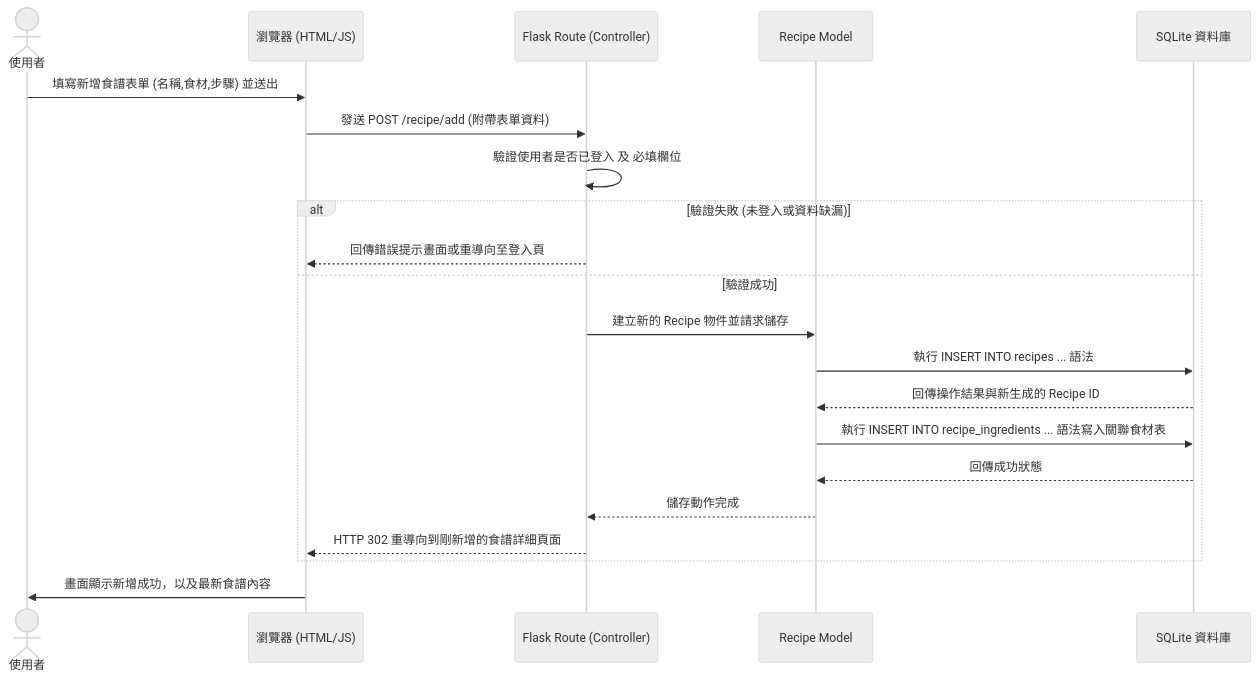
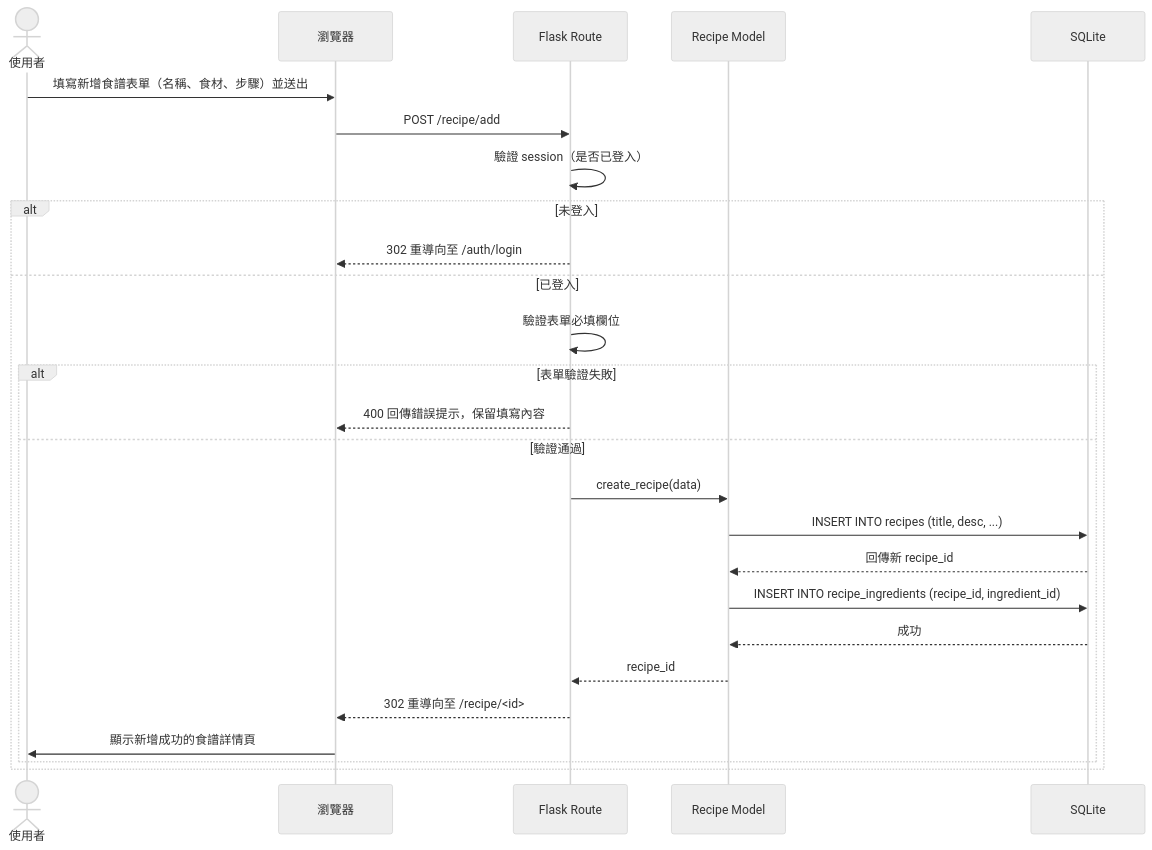
The third of 6 diagrams in docs/FLOWCHART.md (d1420235o365/web_app_development), drawn with Mermaid (neutral theme) before and after one commit. The commit also changed other lines of this file, not shown here.

Commit message:
docs: add user flowchart

````diff
--- a/docs/FLOWCHART.md
+++ b/docs/FLOWCHART.md
@@ -36,28 +80,31 @@
 ```mermaid
 sequenceDiagram
     actor User as 使用者
-    participant Browser as 瀏覽器 (HTML/JS)
-    participant Route as Flask Route (Controller)
+    participant Browser as 瀏覽器
+    participant Route as Flask Route
     participant Model as Recipe Model
-    participant DB as SQLite 資料庫
+    participant DB as SQLite
 
-    User->>Browser: 填寫新增食譜表單 (名稱,食材,步驟) 並送出
-    Browser->>Route: 發送 POST /recipe/add (附帶表單資料)
-    
-    Route->>Route: 驗證使用者是否已登入 及 必填欄位
-    
-    alt 驗證失敗 (未登入或資料缺漏)
-        Route-->>Browser: 回傳錯誤提示畫面或重導向至登入頁
-    else 驗證成功
-        Route->>Model: 建立新的 Recipe 物件並請求儲存
-        Model->>DB: 執行 INSERT INTO recipes ... 語法
-        DB-->>Model: 回傳操作結果與新生成的 Recipe ID
-        
-        Model->>DB: 執行 INSERT INTO recipe_ingredients ... 語法寫入關聯食材表
-        DB-->>Model: 回傳成功狀態
-        
-        Model-->>Route: 儲存動作完成
-        Route-->>Browser: HTTP 302 重導向到剛新增的食譜詳細頁面
+    User->>Browser: 填寫新增食譜表單（名稱、食材、步驟）並送出
+    Browser->>Route: POST /recipe/add
+
+    Route->>Route: 驗證 session（是否已登入）
+
+    alt 未登入
+        Route-->>Browser: 302 重導向至 /auth/login
+    else 已登入
+        Route->>Route: 驗證表單必填欄位
+        alt 表單驗證失敗
+            Route-->>Browser: 400 回傳錯誤提示，保留填寫內容
+        else 驗證通過
+            Route->>Model: create_recipe(data)
+            Model->>DB: INSERT INTO recipes (title, desc, ...)
+            DB-->>Model: 回傳新 recipe_id
+            Model->>DB: INSERT INTO recipe_ingredients (recipe_id, ingredient_id)
+            DB-->>Model: 成功
+            Model-->>Route: recipe_id
+            Route-->>Browser: 302 重導向至 /recipe/<id>
+            Browser->>User: 顯示新增成功的食譜詳情頁
+        end
     end
-    Browser->>User: 畫面顯示新增成功，以及最新食譜內容
 ```
````
